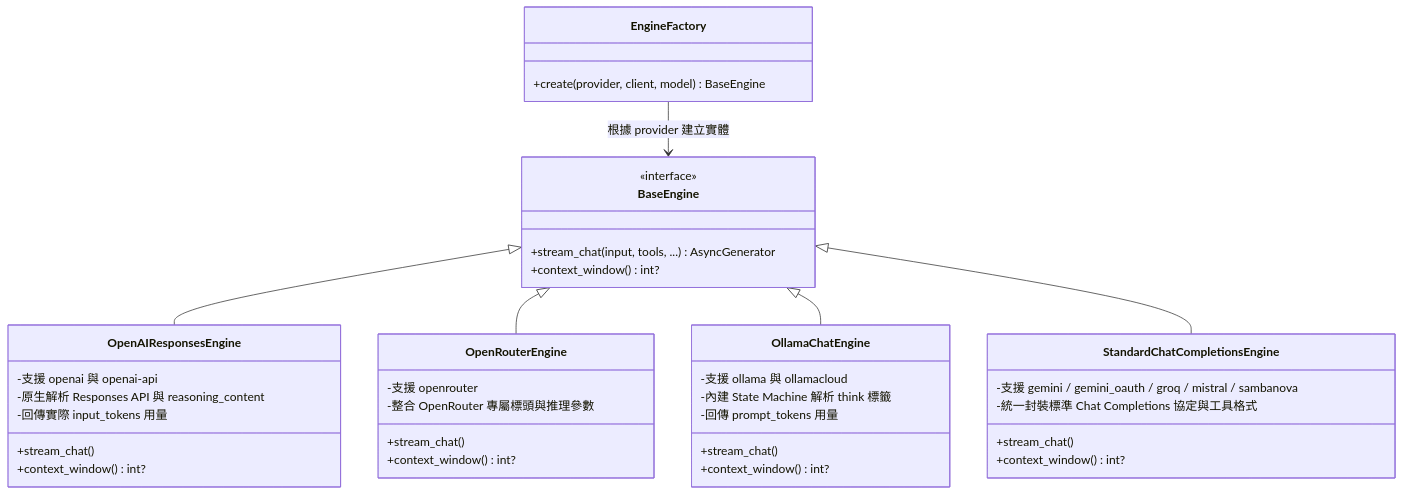
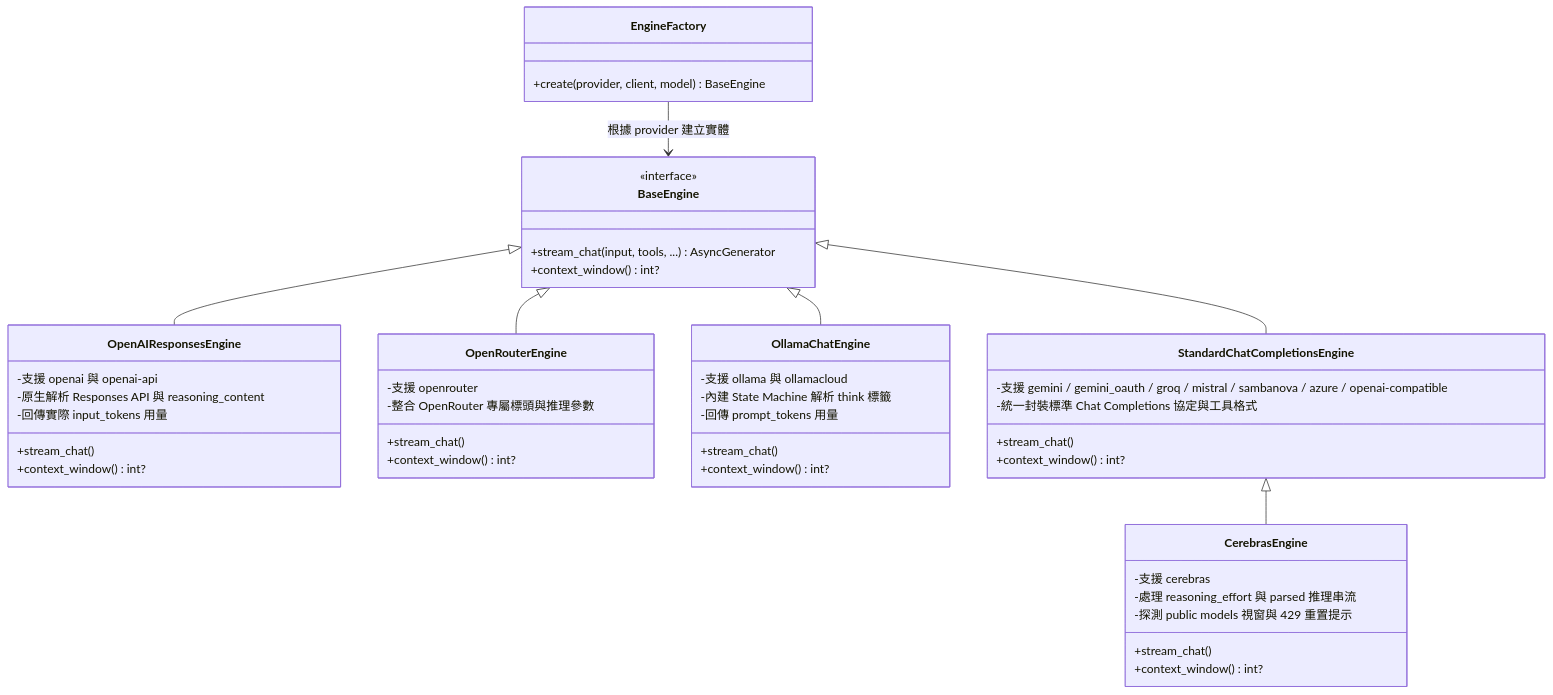
The first of 2 diagrams in docs/architecture/llm-adapter-architecture.md (zanta0529/pocket-agent), drawn with Mermaid before and after one commit. The commit also changed other lines of this file and 18 other files, not shown here.

````diff
--- a/docs/architecture/llm-adapter-architecture.md
+++ b/docs/architecture/llm-adapter-architecture.md
@@ -9,48 +9,57 @@
 ```mermaid
 classDiagram
     class BaseEngine {
         <<interface>>
         +stream_chat(input, tools, ...) AsyncGenerator
         +context_window() int?
     }
 
     class OpenAIResponsesEngine {
         +stream_chat()
         +context_window() int?
         -支援 openai 與 openai-api
         -原生解析 Responses API 與 reasoning_content
         -回傳實際 input_tokens 用量
     }
 
     class OpenRouterEngine {
         +stream_chat()
         +context_window() int?
         -支援 openrouter
         -整合 OpenRouter 專屬標頭與推理參數
     }
 
     class OllamaChatEngine {
         +stream_chat()
         +context_window() int?
         -支援 ollama 與 ollamacloud
         -內建 State Machine 解析 think 標籤
         -回傳 prompt_tokens 用量
     }
 
+    class CerebrasEngine {
+        +stream_chat()
+        +context_window() int?
+        -支援 cerebras
+        -處理 reasoning_effort 與 parsed 推理串流
+        -探測 public models 視窗與 429 重置提示
+    }
+
     class StandardChatCompletionsEngine {
         +stream_chat()
         +context_window() int?
-        -支援 gemini / gemini_oauth / groq / mistral / sambanova
+        -支援 gemini / gemini_oauth / groq / mistral / sambanova / azure / openai-compatible
         -統一封裝標準 Chat Completions 協定與工具格式
     }
 
     class EngineFactory {
         +create(provider, client, model) BaseEngine
     }
 
     BaseEngine <|-- OpenAIResponsesEngine
     BaseEngine <|-- OpenRouterEngine
     BaseEngine <|-- OllamaChatEngine
     BaseEngine <|-- StandardChatCompletionsEngine
+    StandardChatCompletionsEngine <|-- CerebrasEngine
     EngineFactory --> BaseEngine: 根據 provider 建立實體
 ```
````
